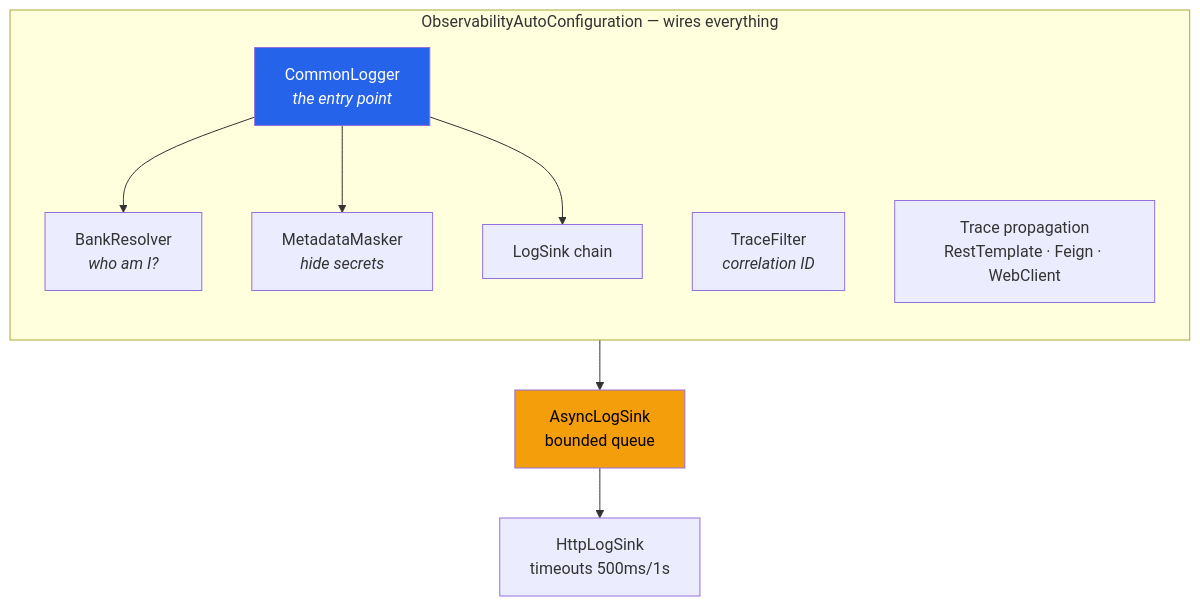
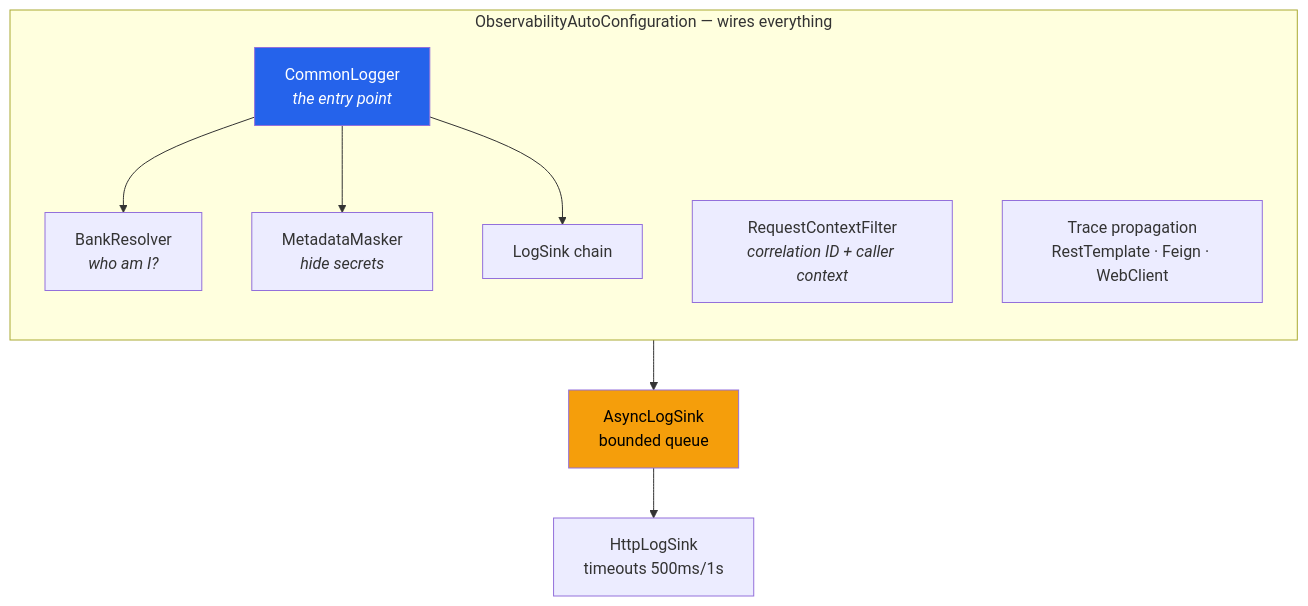
The sixth of 18 diagrams in ARCHITECTURE.md (abhishjais01/Bharat_Bank), drawn with Mermaid before and after one commit. The commit also changed other lines of this file and 111 other files, not shown here.

````diff
--- a/ARCHITECTURE.md
+++ b/ARCHITECTURE.md
@@ -274,21 +278,21 @@
 ```mermaid
 flowchart TB
     subgraph auto["ObservabilityAutoConfiguration — wires everything"]
         direction TB
         BR["BankResolver<br/><i>who am I?</i>"]
         MM["MetadataMasker<br/><i>hide secrets</i>"]
         CL["CommonLogger<br/><i>the entry point</i>"]
         SINK["LogSink chain"]
-        TF["TraceFilter<br/><i>correlation ID</i>"]
+        TF["RequestContextFilter<br/><i>correlation ID + caller context</i>"]
         PROP["Trace propagation<br/>RestTemplate · Feign · WebClient"]
     end
 
     CL --> MM
     CL --> BR
     CL --> SINK
     SINK --> ASYNC["AsyncLogSink<br/>bounded queue"]
     ASYNC --> HTTPS["HttpLogSink<br/>timeouts 500ms/1s"]
 
     style CL fill:#2563eb,color:#fff
     style ASYNC fill:#f59e0b,color:#000
 ```
````
